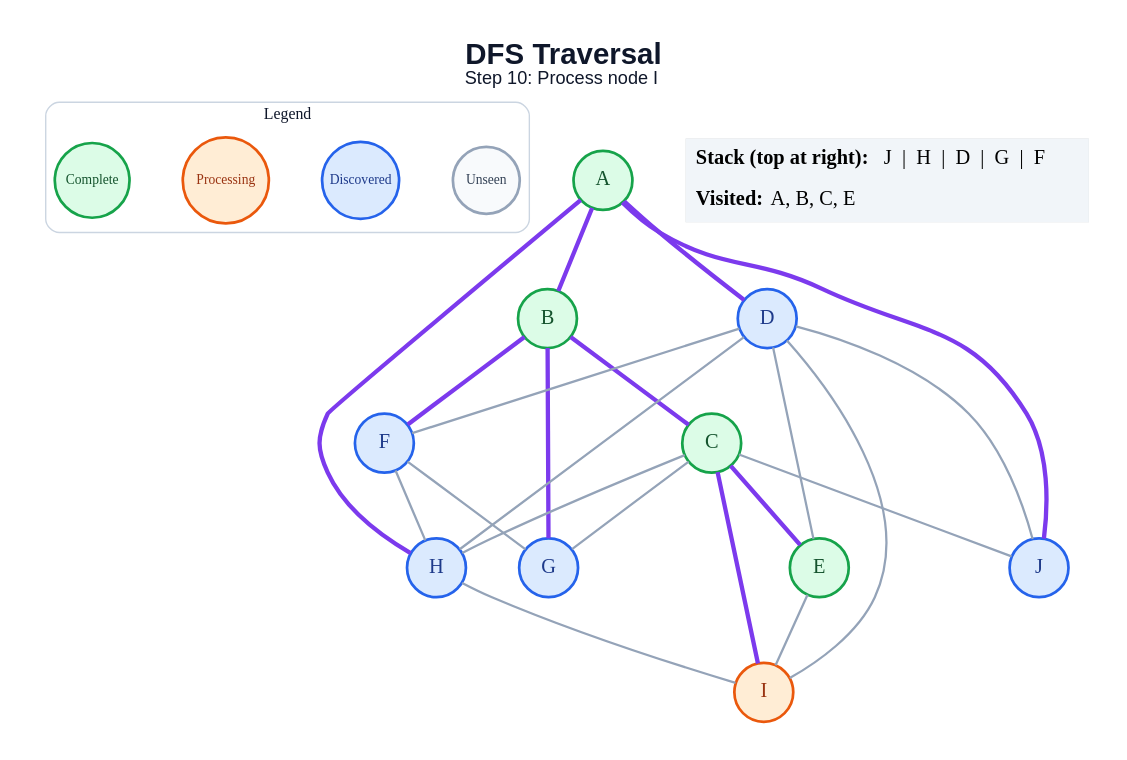
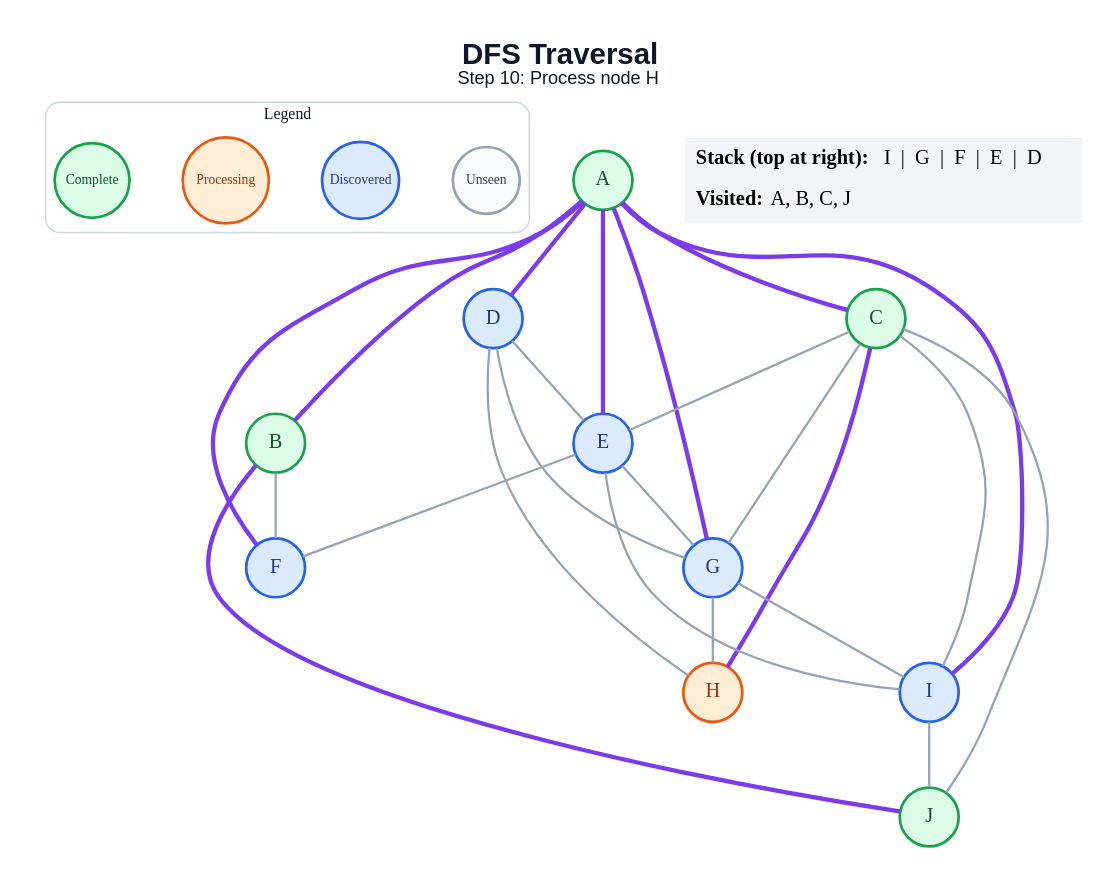
Before and after one commit to anon7238593-create/ai-slop: the diagram in generated/dfs/step_10.dot, drawn with Graphviz. The commit also changed 179 other files, not shown here.

```diff
--- a/generated/dfs/step_10.dot
+++ b/generated/dfs/step_10.dot
@@ -1,50 +1,52 @@
 graph traversal {
   graph [layout=dot, rankdir=TB, bgcolor="#FFFFFF", pad="0.35", nodesep="0.65", ranksep="0.8", fontname="Arial"];
   node [shape=circle, style="filled", fontname="Arial Bold", fontsize=18, width=0.72, fixedsize=true, penwidth=2.4];
   edge [color="#94A3B8", penwidth=2.0];
-  label=<<B>DFS Traversal</B><BR/><FONT POINT-SIZE="16">Step 10: Process node I</FONT>>; labelloc="t"; fontsize=26; fontname="Arial"; fontcolor="#0F172A";
+  label=<<B>DFS Traversal</B><BR/><FONT POINT-SIZE="16">Step 10: Process node H</FONT>>; labelloc="t"; fontsize=26; fontname="Arial"; fontcolor="#0F172A";
   subgraph cluster_legend { label="Legend"; color="#CBD5E1"; penwidth=1.2; style="rounded"; fontsize=14; fontname="Arial Bold";
     key_unseen [label="Unseen", fillcolor="#F8FAFC", color="#94A3B8", fontcolor="#334155", fontsize=12, width=0.82];
     key_frontier [label="Discovered", fillcolor="#DBEAFE", color="#2563EB", fontcolor="#1E3A8A", fontsize=12, width=0.95];
     key_current [label="Processing", fillcolor="#FFEDD5", color="#EA580C", fontcolor="#9A3412", fontsize=12, width=1.05];
     key_done [label="Complete", fillcolor="#DCFCE7", color="#16A34A", fontcolor="#14532D", fontsize=12, width=0.92];
     { rank=same; key_unseen; key_frontier; key_current; key_done; }
   }
   A [fillcolor="#DCFCE7", color="#16A34A", fontcolor="#14532D"];
   B [fillcolor="#DCFCE7", color="#16A34A", fontcolor="#14532D"];
   C [fillcolor="#DCFCE7", color="#16A34A", fontcolor="#14532D"];
   D [fillcolor="#DBEAFE", color="#2563EB", fontcolor="#1E3A8A"];
-  E [fillcolor="#DCFCE7", color="#16A34A", fontcolor="#14532D"];
+  E [fillcolor="#DBEAFE", color="#2563EB", fontcolor="#1E3A8A"];
   F [fillcolor="#DBEAFE", color="#2563EB", fontcolor="#1E3A8A"];
   G [fillcolor="#DBEAFE", color="#2563EB", fontcolor="#1E3A8A"];
-  H [fillcolor="#DBEAFE", color="#2563EB", fontcolor="#1E3A8A"];
-  I [fillcolor="#FFEDD5", color="#EA580C", fontcolor="#9A3412"];
-  J [fillcolor="#DBEAFE", color="#2563EB", fontcolor="#1E3A8A"];
+  H [fillcolor="#FFEDD5", color="#EA580C", fontcolor="#9A3412"];
+  I [fillcolor="#DBEAFE", color="#2563EB", fontcolor="#1E3A8A"];
+  J [fillcolor="#DCFCE7", color="#16A34A", fontcolor="#14532D"];
   A -- B [color="#7C3AED", penwidth=3.8];
+  A -- C [color="#7C3AED", penwidth=3.8];
   A -- D [color="#7C3AED", penwidth=3.8];
-  A -- H [color="#7C3AED", penwidth=3.8];
-  A -- J [color="#7C3AED", penwidth=3.8];
-  B -- C [color="#7C3AED", penwidth=3.8];
-  B -- F [color="#7C3AED", penwidth=3.8];
-  B -- G [color="#7C3AED", penwidth=3.8];
-  C -- E [color="#7C3AED", penwidth=3.8];
+  A -- E [color="#7C3AED", penwidth=3.8];
+  A -- F [color="#7C3AED", penwidth=3.8];
+  A -- G [color="#7C3AED", penwidth=3.8];
+  A -- I [color="#7C3AED", penwidth=3.8];
+  B -- F;
+  B -- J [color="#7C3AED", penwidth=3.8];
+  C -- E;
   C -- G;
-  C -- H;
-  C -- I [color="#7C3AED", penwidth=3.8];
+  C -- H [color="#7C3AED", penwidth=3.8];
+  C -- I;
   C -- J;
   D -- E;
-  D -- F;
+  D -- G;
   D -- H;
-  D -- I;
-  D -- J;
+  E -- F;
+  E -- G;
   E -- I;
-  F -- G;
-  F -- H;
-  H -- I;
+  G -- H;
+  G -- I;
+  I -- J;
   status [shape=plain, fixedsize=false, width=0, height=0, margin=0, label=<
     <TABLE BORDER="0" CELLBORDER="0" CELLPADDING="7" BGCOLOR="#F1F5F9">
-      <TR><TD ALIGN="LEFT"><B>Stack (top at right):</B> J  |  H  |  D  |  G  |  F</TD></TR>
-      <TR><TD ALIGN="LEFT"><B>Visited:</B> A, B, C, E</TD></TR>
+      <TR><TD ALIGN="LEFT"><B>Stack (top at right):</B> I  |  G  |  F  |  E  |  D</TD></TR>
+      <TR><TD ALIGN="LEFT"><B>Visited:</B> A, B, C, J</TD></TR>
     </TABLE>
   >];
 }
```
